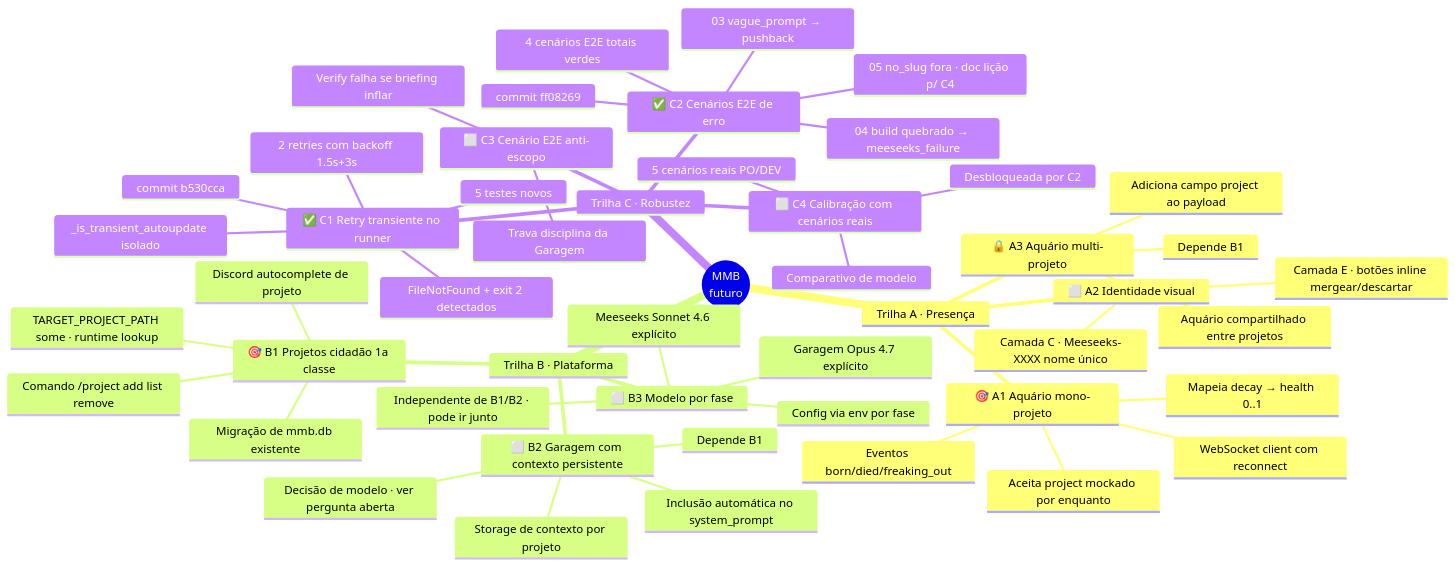
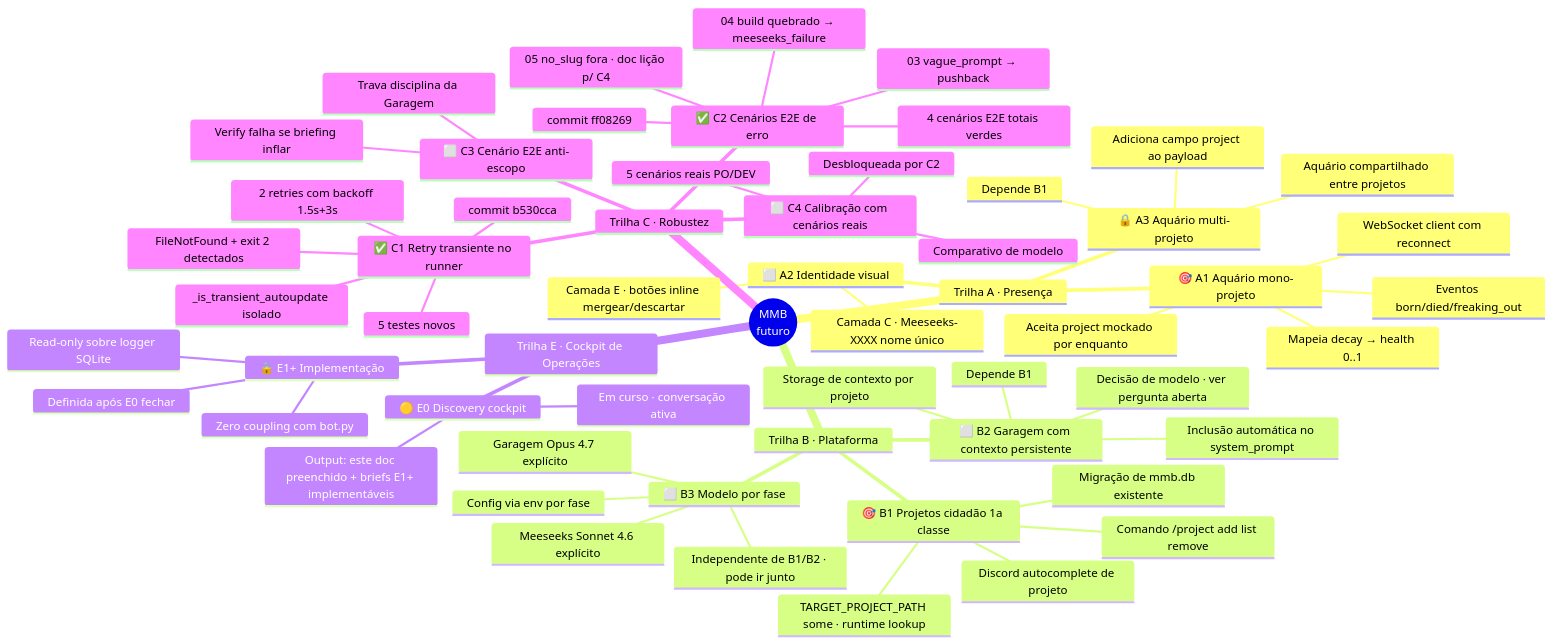
Before and after one commit to x-force-42/mmb-core: the third of 4 diagrams in docs/arvore.md, drawn with Mermaid. The commit also changed other lines of this file and 2 other files, not shown here.

Commit message:
docs(E0): abre Trilha E · Cockpit de Operações em modo discovery
Nova trilha de visualização retrospectiva — distinta do aquário
(presença ao vivo) e da Datasette (genérica). Cobre histórico de
runs, catálogo de projetos, garagens por projeto, Meeseeks
ativos/históricos, métricas agregadas, edição de campos de review.

- arvore.md: Trilha E adicionada com nó E0 (discovery em curso)
  e E1+ (implementação bloqueada por E0). Flowchart ganha estilo
  wip pra discovery; aresta B1 → E1 marca consumidor do schema
  final de projects.
- INDEX.md: entrada E0 no topo da lista 🟡, E1+ no rodapé 🔒.
- E0-discovery-cockpit.md: skeleton com seções a preencher conforme
  a conversação avança (personas, entidades, vistas, stack, MVP,
  decisões fechadas/abertas, relação com vizinhança).

Próximo passo: conversa de discovery aqui mesmo, sem agente externo,
até o doc fechar.

````diff
--- a/docs/arvore.md
+++ b/docs/arvore.md
@@ -123,53 +123,61 @@
 ```mermaid
 mindmap
   root((MMB<br/>futuro))
     Trilha A · Presença
       🎯 A1 Aquário mono-projeto
         WebSocket client com reconnect
         Mapeia decay → health 0..1
         Eventos born/died/freaking_out
         Aceita project mockado por enquanto
       ⬜ A2 Identidade visual
         Camada C · Meeseeks-XXXX nome único
         Camada E · botões inline mergear/descartar
       🔒 A3 Aquário multi-projeto
         Depende B1
         Adiciona campo project ao payload
         Aquário compartilhado entre projetos
     Trilha B · Plataforma
       🎯 B1 Projetos cidadão 1a classe
         Comando /project add list remove
         Discord autocomplete de projeto
         TARGET_PROJECT_PATH some · runtime lookup
         Migração de mmb.db existente
       ⬜ B2 Garagem com contexto persistente
         Decisão de modelo · ver pergunta aberta
         Storage de contexto por projeto
         Inclusão automática no system_prompt
         Depende B1
       ⬜ B3 Modelo por fase
         Garagem Opus 4.7 explícito
         Meeseeks Sonnet 4.6 explícito
         Config via env por fase
         Independente de B1/B2 · pode ir junto
+    Trilha E · Cockpit de Operações
+      🟡 E0 Discovery cockpit
+        Em curso · conversação ativa
+        Output: este doc preenchido + briefs E1+ implementáveis
+      🔒 E1+ Implementação
+        Definida após E0 fechar
+        Read-only sobre logger SQLite
+        Zero coupling com bot.py
     Trilha C · Robustez
       ✅ C1 Retry transiente no runner
         commit b530cca
         FileNotFound + exit 2 detectados
         2 retries com backoff 1.5s+3s
         _is_transient_autoupdate isolado
         5 testes novos
       ✅ C2 Cenários E2E de erro
         commit ff08269
         03 vague_prompt → pushback
         04 build quebrado → meeseeks_failure
         05 no_slug fora · doc lição p/ C4
         4 cenários E2E totais verdes
       ⬜ C3 Cenário E2E anti-escopo
         Verify falha se briefing inflar
         Trava disciplina da Garagem
       ⬜ C4 Calibração com cenários reais
         5 cenários reais PO/DEV
         Comparativo de modelo
         Desbloqueada por C2
 ```
````
